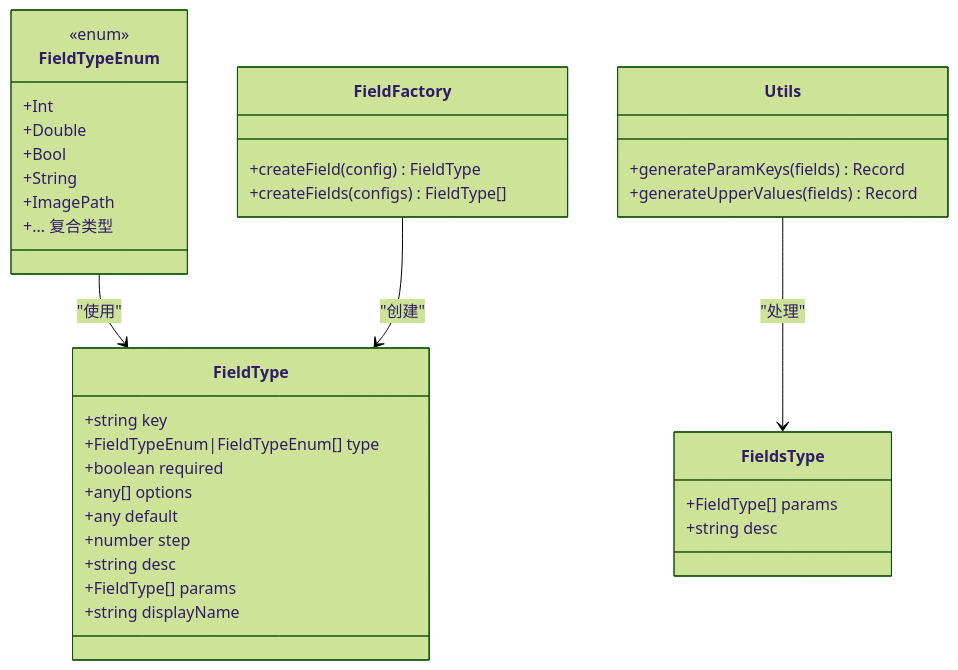
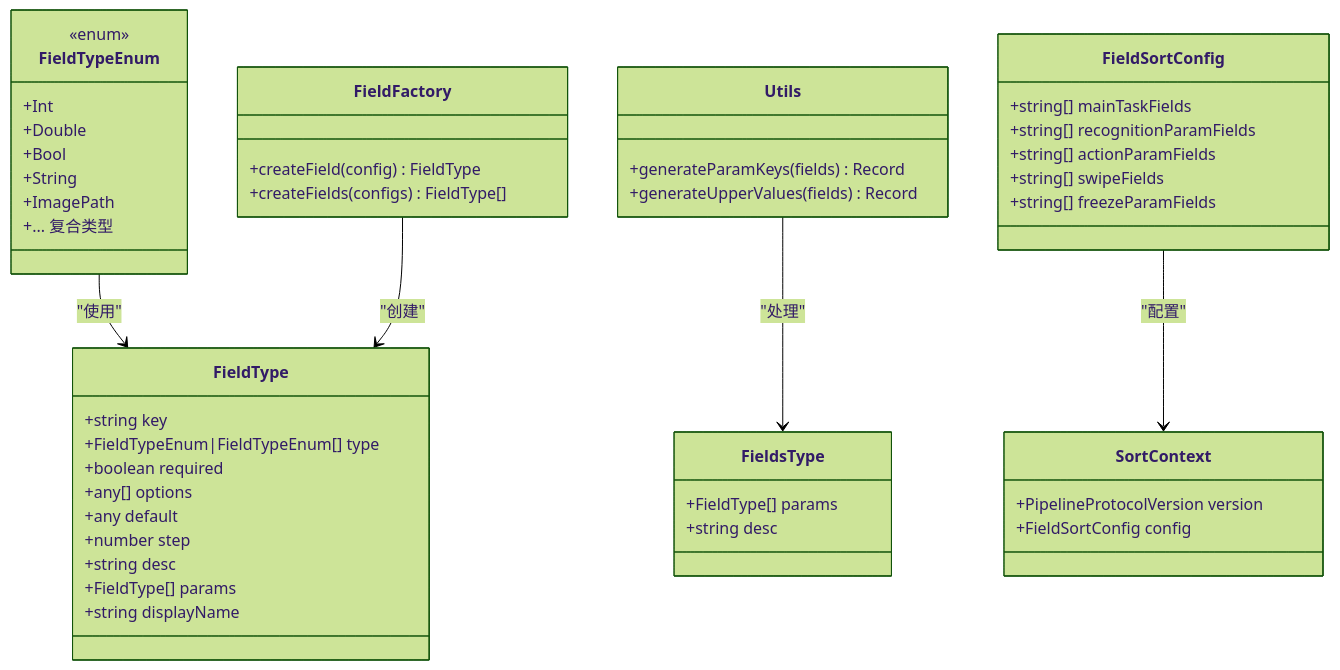
One commit to kqcoxn/MaaPipelineEditor changed the second of 7 diagrams in .qoder/repowiki/zh/content/核心概念/字段配置系统/字段配置系统.md. Above: the diagram before and after it, drawn with Mermaid (forest theme). The commit also changed other lines of this file and 22 other files, not shown here.

````diff
--- a/.qoder/repowiki/zh/content/核心概念/字段配置系统/字段配置系统.md
+++ b/.qoder/repowiki/zh/content/核心概念/字段配置系统/字段配置系统.md
@@ -121,38 +153,50 @@
 ```mermaid
 classDiagram
 class FieldType {
 +string key
 +FieldTypeEnum|FieldTypeEnum[] type
 +boolean required
 +any[] options
 +any default
 +number step
 +string desc
 +FieldType[] params
 +string displayName
 }
 class FieldsType {
 +FieldType[] params
 +string desc
 }
 class FieldTypeEnum {
 <<enum>>
 +Int
 +Double
 +Bool
 +String
 +ImagePath
 +... 复合类型
 }
 class FieldFactory {
 +createField(config) FieldType
 +createFields(configs) FieldType[]
 }
 class Utils {
 +generateParamKeys(fields) Record
 +generateUpperValues(fields) Record
 }
+class FieldSortConfig {
++string[] mainTaskFields
++string[] recognitionParamFields
++string[] actionParamFields
++string[] swipeFields
++string[] freezeParamFields
+}
+class SortContext {
++PipelineProtocolVersion version
++FieldSortConfig config
+}
 FieldTypeEnum --> FieldType : "使用"
 FieldFactory --> FieldType : "创建"
 Utils --> FieldsType : "处理"
+FieldSortConfig --> SortContext : "配置"
 ```
````
